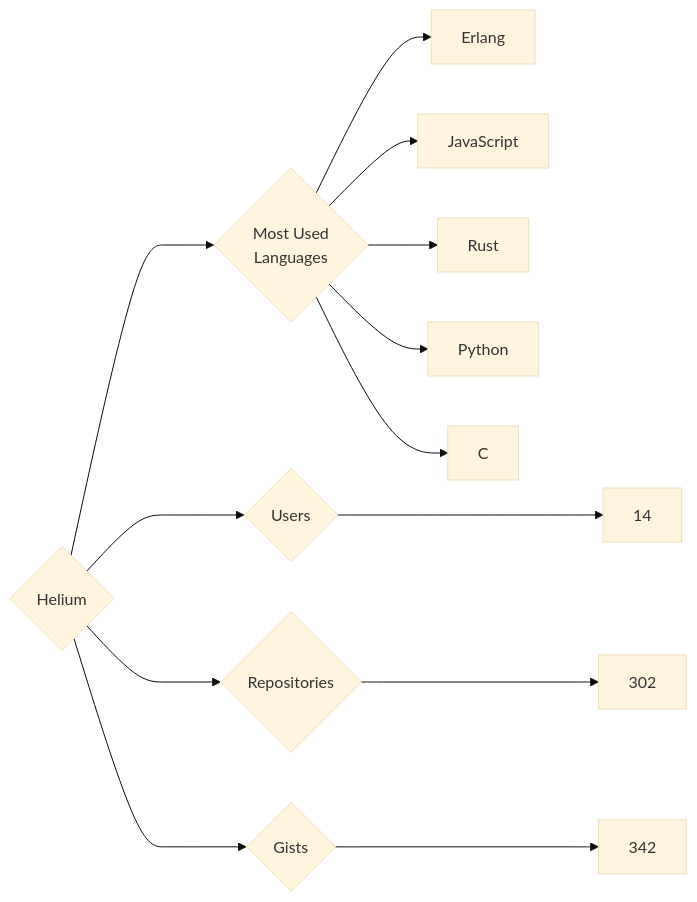
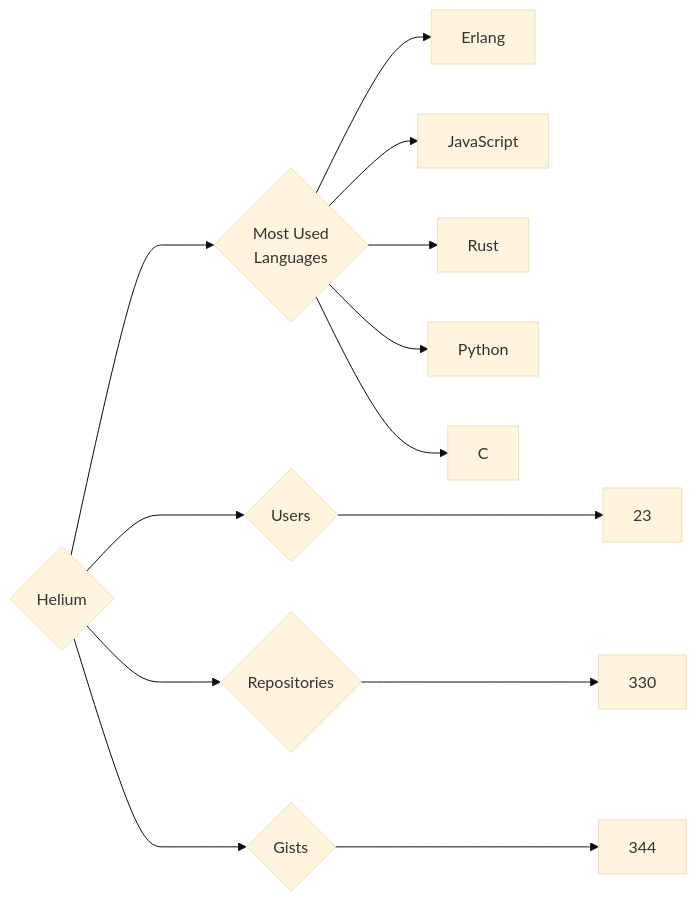
Before and after one commit to trickest/insiders: the diagram in targets/Helium/README.md, drawn with Mermaid (base theme). The commit also changed 882 other files, not shown here.

````diff
--- a/targets/Helium/README.md
+++ b/targets/Helium/README.md
@@ -3,13 +3,13 @@
 ```mermaid
 graph LR
 COMPANY_NAME{Helium}
-COMPANY_NAME ---> U{Users} ---> UN[14]
-COMPANY_NAME ---> R{Repositories} ---> RN[302]
-COMPANY_NAME ---> G{Gists} ---> GN[342]
+COMPANY_NAME ---> U{Users} ---> UN[23]
+COMPANY_NAME ---> R{Repositories} ---> RN[330]
+COMPANY_NAME ---> G{Gists} ---> GN[344]
 COMPANY_NAME ---> ML{Most Used<br>Languages}
 ML --> Erlang[Erlang]
 ML --> JavaScript[JavaScript]
 ML --> Rust[Rust]
 ML --> Python[Python]
 ML --> C[C]
 ```
````
